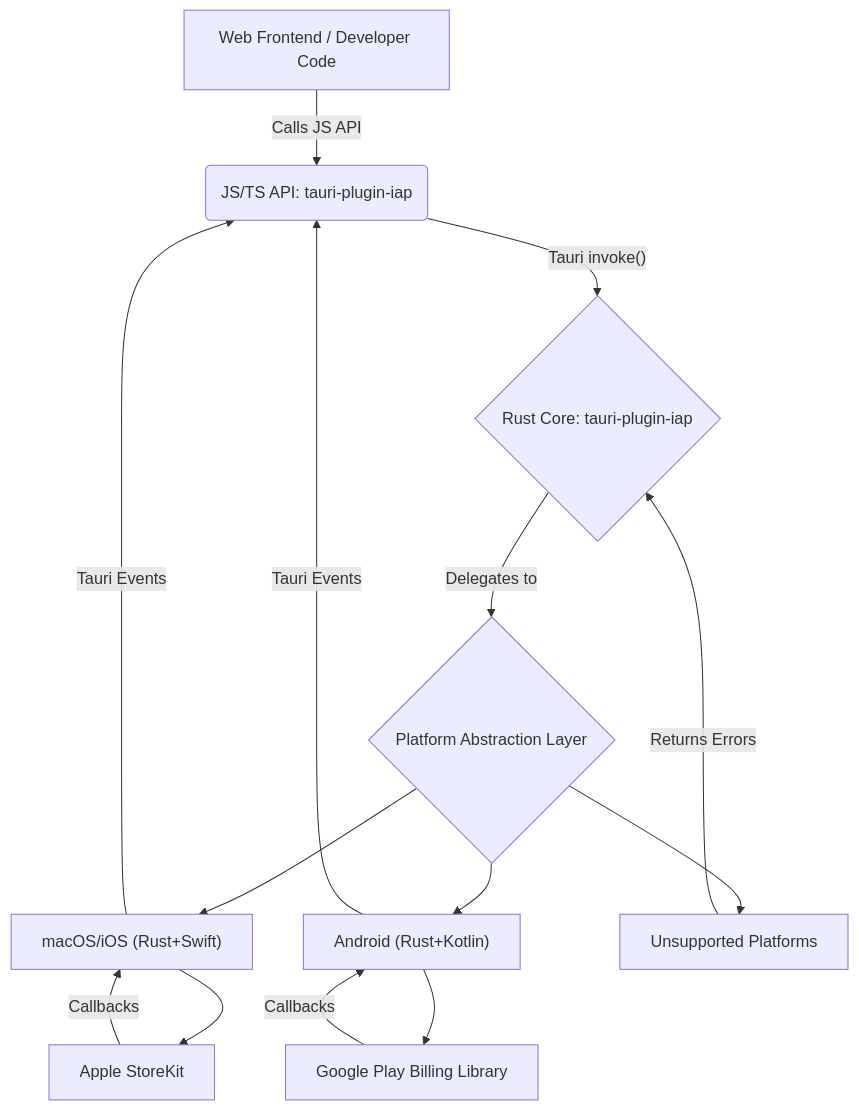
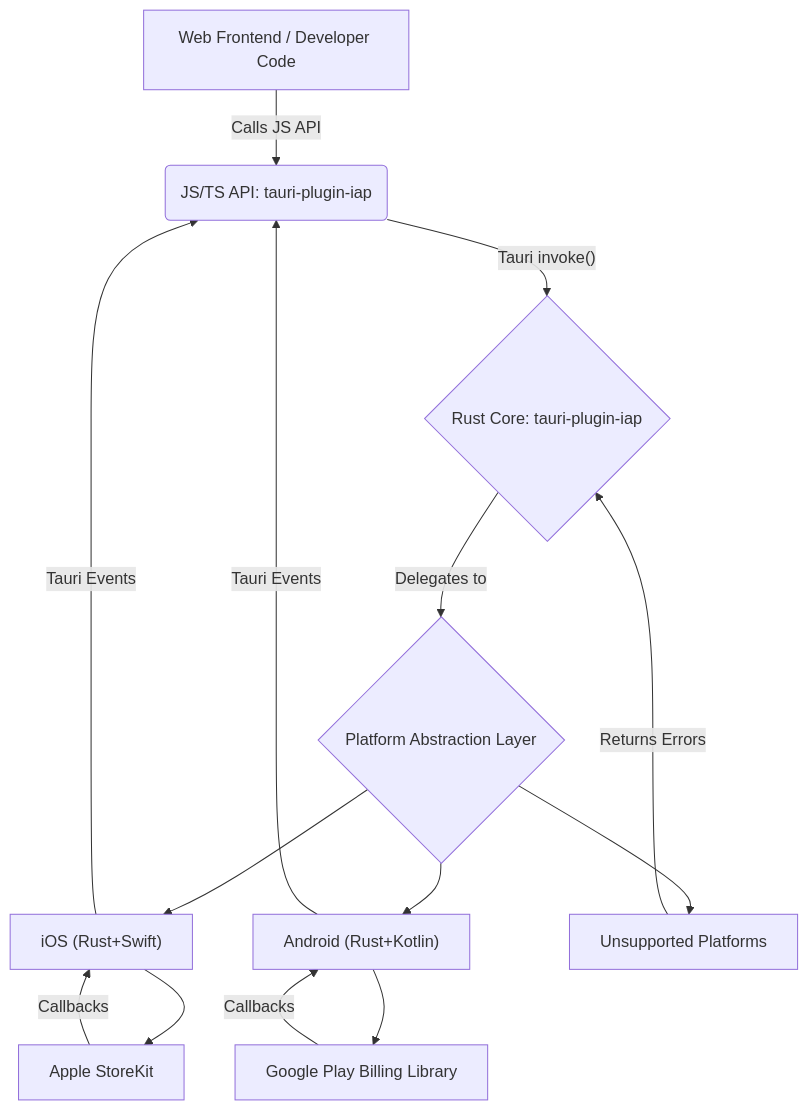
One commit to trayvonpan/tauri-plugin-iap changed the diagram in README.md. Above: the diagram before and after it, drawn with Mermaid. The commit also changed other lines of this file and 2 other files, not shown here.

Commit message:
Update README and implementation plan to clarify iOS support, removing references to macOS and updating project structure details

````diff
--- a/README.md
+++ b/README.md
@@ -25,16 +25,16 @@
 ```mermaid
 graph TD
     A[Web Frontend / Developer Code] -->|Calls JS API| B(JS/TS API: tauri-plugin-iap);
     B -->|"Tauri invoke()"| C{Rust Core: tauri-plugin-iap};
     C -->|Delegates to| D{Platform Abstraction Layer};
-    D --> E["macOS/iOS (Rust+Swift)"];
+    D --> E["iOS (Rust+Swift)"];
     D --> F["Android (Rust+Kotlin)"];
     D --> G[Unsupported Platforms];
     E --> H[Apple StoreKit];
     F --> I[Google Play Billing Library];
     H -->|Callbacks| E;
     I -->|Callbacks| F;
     E -->|Tauri Events| B;
     F -->|Tauri Events| B;
     G -->|Returns Errors| C;
 ```
````
